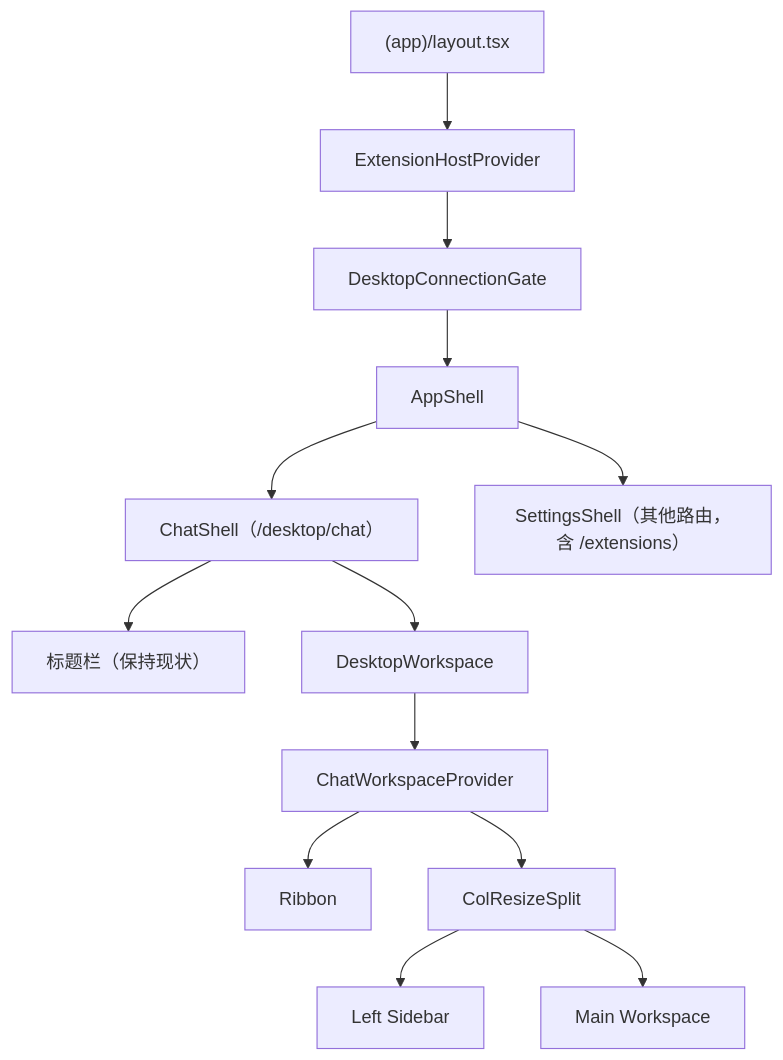
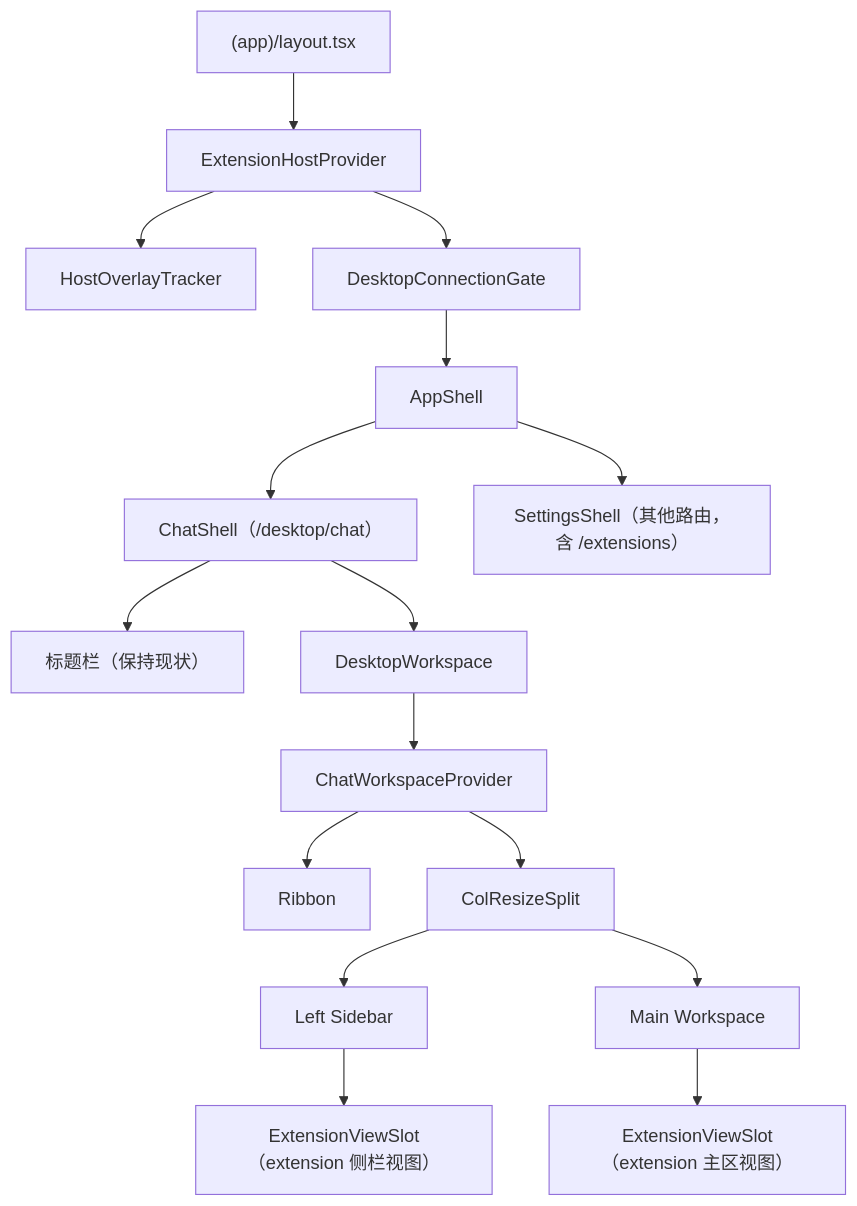
The second of 10 diagrams in docs/designs/2026-10-16-Desktop-Extension.md (zxyao145/agw), drawn with Mermaid before and after one commit. The commit also changed other lines of this file and 228 other files, not shown here.

````diff
--- a/docs/designs/2026-10-16-Desktop-Extension.md
+++ b/docs/designs/2026-10-16-Desktop-Extension.md
@@ -98,15 +172,18 @@
 ```mermaid
 flowchart TB
   AppLayout["(app)/layout.tsx"] --> HostProvider["ExtensionHostProvider"]
+  HostProvider --> Tracker["HostOverlayTracker"]
   HostProvider --> Gate["DesktopConnectionGate"]
   Gate --> AppShell
   AppShell --> ChatShell["ChatShell（/desktop/chat）"]
   AppShell --> SettingsShell["SettingsShell（其他路由，含 /extensions）"]
   ChatShell --> Titlebar["标题栏（保持现状）"]
   ChatShell --> Workspace["DesktopWorkspace"]
   Workspace --> Provider["ChatWorkspaceProvider"]
   Provider --> Ribbon
   Provider --> Split["ColResizeSplit"]
   Split --> LeftSidebar["Left Sidebar"]
   Split --> MainWorkspace["Main Workspace"]
+  LeftSidebar --> SidebarSlot["ExtensionViewSlot（extension 侧栏视图）"]
+  MainWorkspace --> MainSlot["ExtensionViewSlot（extension 主区视图）"]
 ```
````
